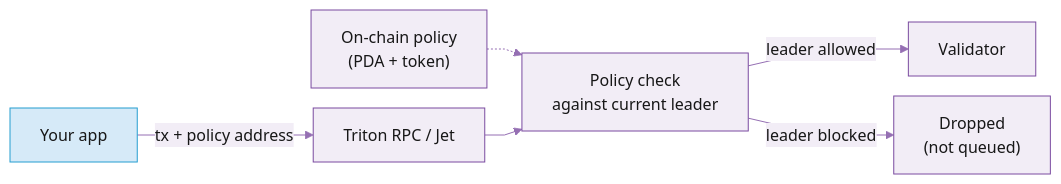
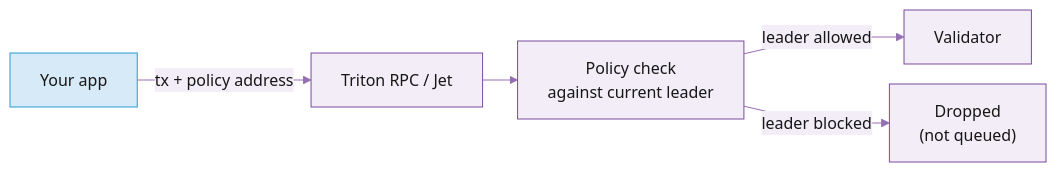
Before and after one commit to praptisharma28/triton-docs-v5: the diagram in documentation/sending-transactions/shield-mev-protection.md, drawn with Mermaid.

Commit message:
Shield diagram: drop the on-chain-policy box (policy address already on the edge label)

````diff
--- a/documentation/sending-transactions/shield-mev-protection.md
+++ b/documentation/sending-transactions/shield-mev-protection.md
@@ -27,10 +27,9 @@
 ```mermaid
 %%{init: {'theme':'base','themeVariables':{'primaryColor':'#F2EDF6','primaryBorderColor':'#7A4BA0','primaryTextColor':'#171717','lineColor':'#956FB3','secondaryColor':'#E4DBEC','tertiaryColor':'#D7C9E3','edgeLabelBackground':'#F2EDF6'},'flowchart':{'nodeSpacing':20,'rankSpacing':35,'curve':'linear'}}}%%
 flowchart LR
     you["Your app"] -->|"tx + policy address"| rpc["Triton RPC / Jet"]
-    policy["On-chain policy<br/>(PDA + token)"] -.-> check
     rpc --> check["Policy check<br/>against current leader"]
     check -->|"leader allowed"| val["Validator"]
     check -->|"leader blocked"| drop["Dropped<br/>(not queued)"]
     style you fill:#D6EAF8,stroke:#259DD0
 ```
````
